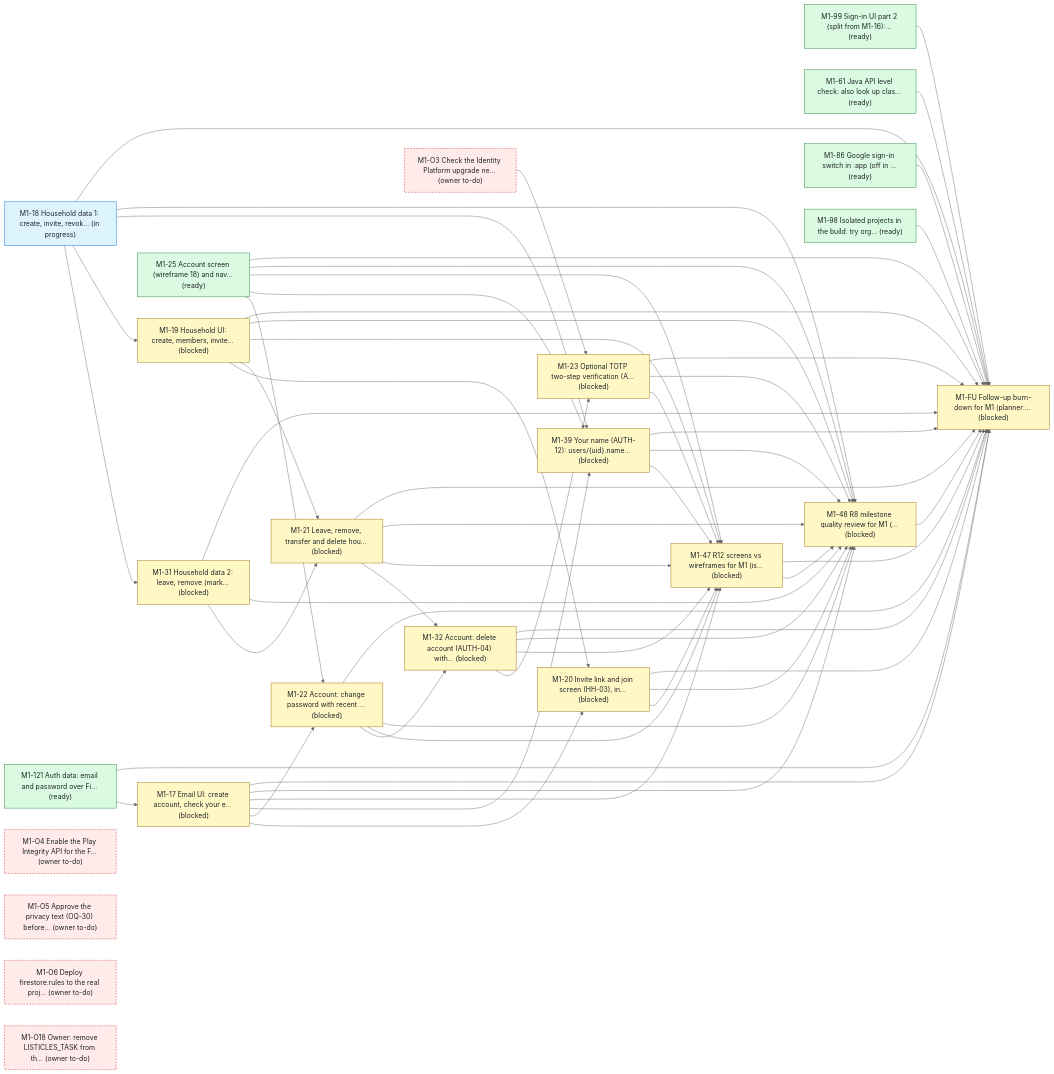
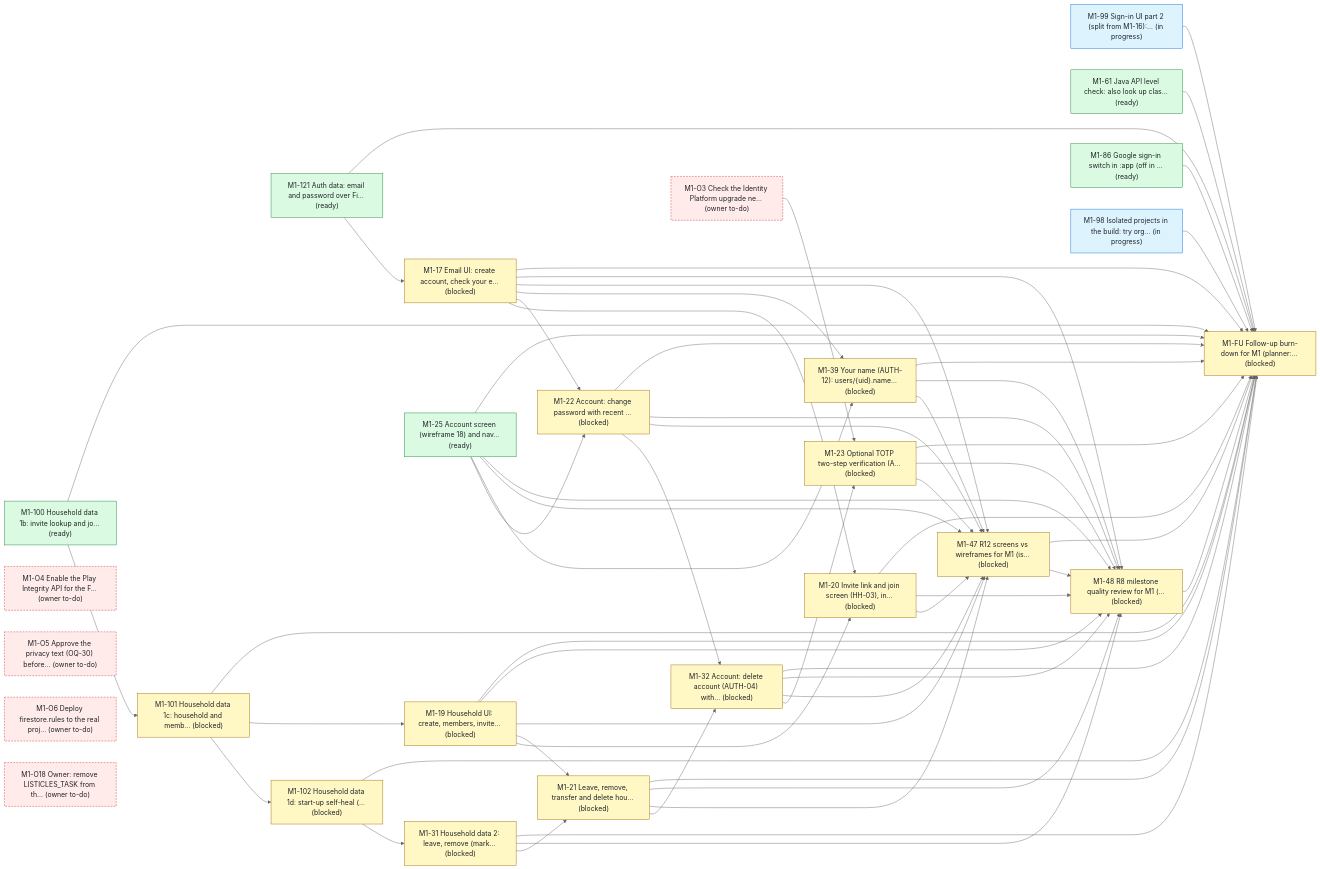
Before and after one commit to bondo/listicles2: the first of 4 diagrams in status.md, drawn with Mermaid (neutral theme). The commit also changed other lines of this file and 3 other files, not shown here.

````diff
--- a/status.md
+++ b/status.md
@@ -245,84 +248,88 @@
 ```mermaid
 flowchart LR
     n0["M1-121 Auth data: email and password over Fi… (ready)"]:::ready
-    n1["M1-99 Sign-in UI part 2 (split from M1-16):… (ready)"]:::ready
+    n1["M1-99 Sign-in UI part 2 (split from M1-16):… (in progress)"]:::progress
     n2["M1-17 Email UI: create account, check your e… (blocked)"]:::blocked
-    n3["M1-18 Household data 1: create, invite, revok… (in progress)"]:::progress
-    n4["M1-31 Household data 2: leave, remove (mark… (blocked)"]:::blocked
-    n5["M1-19 Household UI: create, members, invite… (blocked)"]:::blocked
-    n6["M1-20 Invite link and join screen (HH-03), in… (blocked)"]:::blocked
-    n7["M1-21 Leave, remove, transfer and delete hou… (blocked)"]:::blocked
-    n8["M1-22 Account: change password with recent … (blocked)"]:::blocked
-    n9["M1-32 Account: delete account (AUTH-04) with… (blocked)"]:::blocked
-    n10["M1-23 Optional TOTP two-step verification (A… (blocked)"]:::blocked
-    n11["M1-25 Account screen (wireframe 18) and nav… (ready)"]:::ready
-    n12["M1-61 Java API level check: also look up clas… (ready)"]:::ready
-    n13["M1-39 Your name (AUTH-12): users/{uid}.name… (blocked)"]:::blocked
-    n14["M1-47 R12 screens vs wireframes for M1 (is… (blocked)"]:::blocked
-    n15["M1-48 R8 milestone quality review for M1 (… (blocked)"]:::blocked
-    n16["M1-FU Follow-up burn-down for M1 (planner:… (blocked)"]:::blocked
-    n17["M1-O3 Check the Identity Platform upgrade ne… (owner to-do)"]:::owner
-    n18["M1-O4 Enable the Play Integrity API for the F… (owner to-do)"]:::owner
-    n19["M1-O5 Approve the privacy text (OQ-30) before… (owner to-do)"]:::owner
-    n20["M1-O6 Deploy firestore.rules to the real proj… (owner to-do)"]:::owner
-    n21["M1-86 Google sign-in switch in :app (off in … (ready)"]:::ready
-    n22["M1-98 Isolated projects in the build: try org… (ready)"]:::ready
-    n23["M1-O18 Owner: remove LISTICLES_TASK from th… (owner to-do)"]:::owner
+    n3["M1-100 Household data 1b: invite lookup and jo… (ready)"]:::ready
+    n4["M1-101 Household data 1c: household and memb… (blocked)"]:::blocked
+    n5["M1-102 Household data 1d: start-up self-heal (… (blocked)"]:::blocked
+    n6["M1-31 Household data 2: leave, remove (mark… (blocked)"]:::blocked
+    n7["M1-19 Household UI: create, members, invite… (blocked)"]:::blocked
+    n8["M1-20 Invite link and join screen (HH-03), in… (blocked)"]:::blocked
+    n9["M1-21 Leave, remove, transfer and delete hou… (blocked)"]:::blocked
+    n10["M1-22 Account: change password with recent … (blocked)"]:::blocked
+    n11["M1-32 Account: delete account (AUTH-04) with… (blocked)"]:::blocked
+    n12["M1-23 Optional TOTP two-step verification (A… (blocked)"]:::blocked
+    n13["M1-25 Account screen (wireframe 18) and nav… (ready)"]:::ready
+    n14["M1-61 Java API level check: also look up clas… (ready)"]:::ready
+    n15["M1-39 Your name (AUTH-12): users/{uid}.name… (blocked)"]:::blocked
+    n16["M1-47 R12 screens vs wireframes for M1 (is… (blocked)"]:::blocked
+    n17["M1-48 R8 milestone quality review for M1 (… (blocked)"]:::blocked
+    n18["M1-FU Follow-up burn-down for M1 (planner:… (blocked)"]:::blocked
+    n19["M1-O3 Check the Identity Platform upgrade ne… (owner to-do)"]:::owner
+    n20["M1-O4 Enable the Play Integrity API for the F… (owner to-do)"]:::owner
+    n21["M1-O5 Approve the privacy text (OQ-30) before… (owner to-do)"]:::owner
+    n22["M1-O6 Deploy firestore.rules to the real proj… (owner to-do)"]:::owner
+    n23["M1-86 Google sign-in switch in :app (off in … (ready)"]:::ready
+    n24["M1-98 Isolated projects in the build: try org… (in progress)"]:::progress
+    n25["M1-O18 Owner: remove LISTICLES_TASK from th… (owner to-do)"]:::owner
     n0 --> n2
     n3 --> n4
-    n3 --> n5
+    n4 --> n5
     n5 --> n6
-    n2 --> n6
-    n5 --> n7
     n4 --> n7
+    n7 --> n8
     n2 --> n8
-    n11 --> n8
-    n8 --> n9
     n7 --> n9
-    n9 --> n10
-    n17 --> n10
-    n3 --> n13
-    n2 --> n13
-    n11 --> n13
-    n2 --> n14
-    n5 --> n14
-    n6 --> n14
-    n7 --> n14
-    n8 --> n14
-    n10 --> n14
-    n11 --> n14
-    n9 --> n14
-    n13 --> n14
+    n6 --> n9
+    n2 --> n10
+    n13 --> n10
+    n10 --> n11
+    n9 --> n11
+    n11 --> n12
+    n19 --> n12
     n2 --> n15
-    n3 --> n15
-    n5 --> n15
-    n6 --> n15
-    n7 --> n15
-    n8 --> n15
-    n10 --> n15
-    n11 --> n15
-    n4 --> n15
-    n9 --> n15
     n13 --> n15
-    n14 --> n15
-    n22 --> n16
-    n1 --> n16
-    n0 --> n16
     n2 --> n16
-    n3 --> n16
-    n5 --> n16
-    n6 --> n16
     n7 --> n16
     n8 --> n16
+    n9 --> n16
     n10 --> n16
+    n12 --> n16
+    n13 --> n16
     n11 --> n16
-    n4 --> n16
-    n9 --> n16
-    n13 --> n16
-    n14 --> n16
     n15 --> n16
-    n12 --> n16
-    n21 --> n16
+    n2 --> n17
+    n7 --> n17
+    n8 --> n17
+    n9 --> n17
+    n10 --> n17
+    n12 --> n17
+    n13 --> n17
+    n6 --> n17
+    n11 --> n17
+    n15 --> n17
+    n16 --> n17
+    n24 --> n18
+    n1 --> n18
+    n0 --> n18
+    n2 --> n18
+    n7 --> n18
+    n8 --> n18
+    n9 --> n18
+    n10 --> n18
+    n12 --> n18
+    n13 --> n18
+    n6 --> n18
+    n11 --> n18
+    n15 --> n18
+    n16 --> n18
+    n17 --> n18
+    n14 --> n18
+    n23 --> n18
+    n3 --> n18
+    n4 --> n18
+    n5 --> n18
     classDef ready fill:#dafbe1,stroke:#1a7f37,color:#1f2328
     classDef progress fill:#ddf4ff,stroke:#0969da,color:#1f2328
     classDef blocked fill:#fff8c5,stroke:#9a6700,color:#1f2328
````
